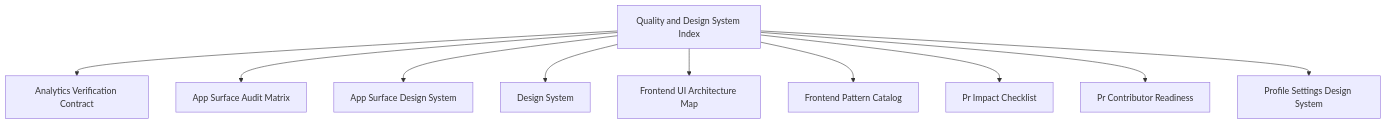
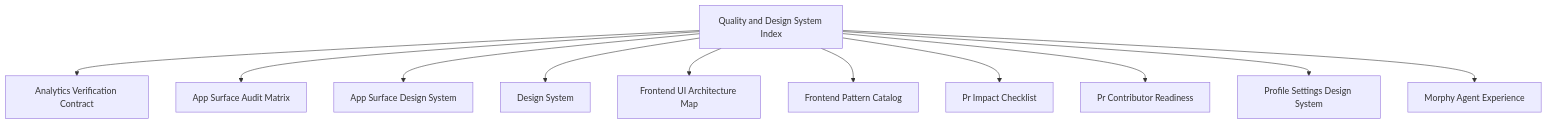
The diagram in docs/reference/quality/README.md (hushh-labs/hushh-research), drawn with Mermaid before and after one commit. The commit also changed other lines of this file and 109 other files, not shown here.

````diff
--- a/docs/reference/quality/README.md
+++ b/docs/reference/quality/README.md
@@ -6,22 +6,24 @@
 ```mermaid
 flowchart TD
   root["Quality and Design System Index"]
   n8["Analytics Verification Contract"]
   root --> n8
   n1["App Surface Audit Matrix"]
   root --> n1
   n2["App Surface Design System"]
   root --> n2
   n3["Design System"]
   root --> n3
   n4["Frontend UI Architecture Map"]
   root --> n4
   n5["Frontend Pattern Catalog"]
   root --> n5
   n6["Pr Impact Checklist"]
   root --> n6
   n9["Pr Contributor Readiness"]
   root --> n9
   n7["Profile Settings Design System"]
   root --> n7
+  n10["Morphy Agent Experience"]
+  root --> n10
 ```
````
